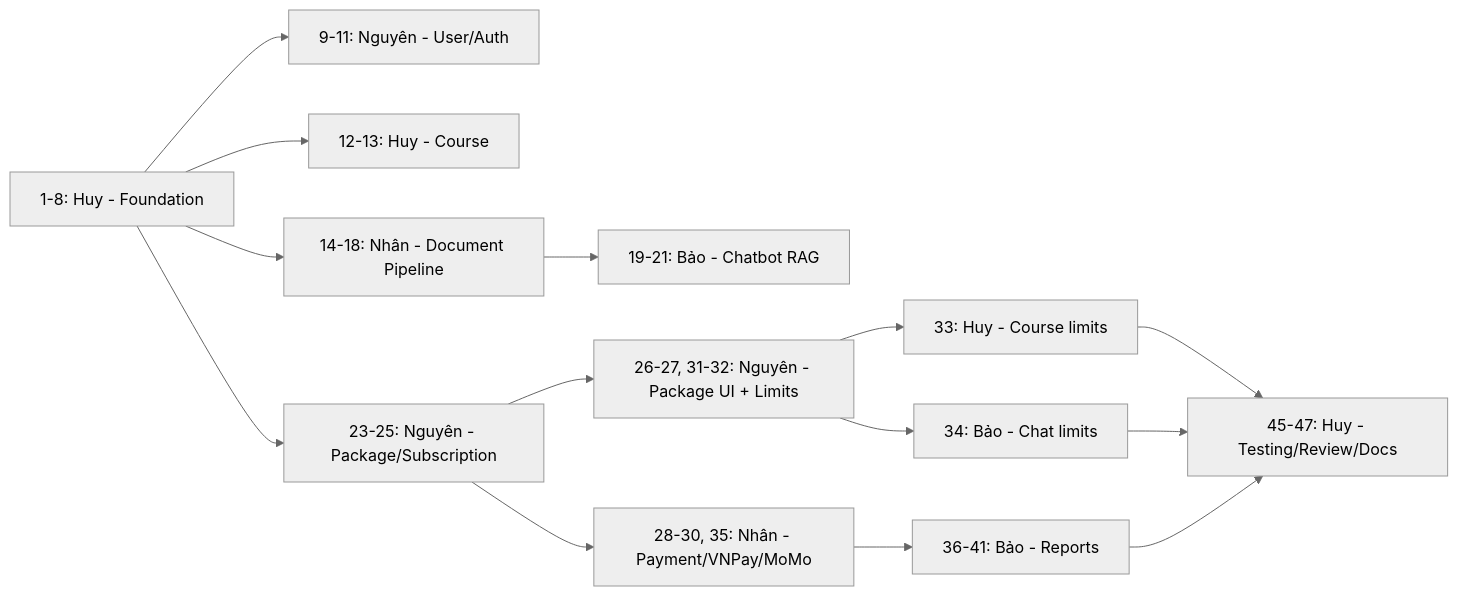
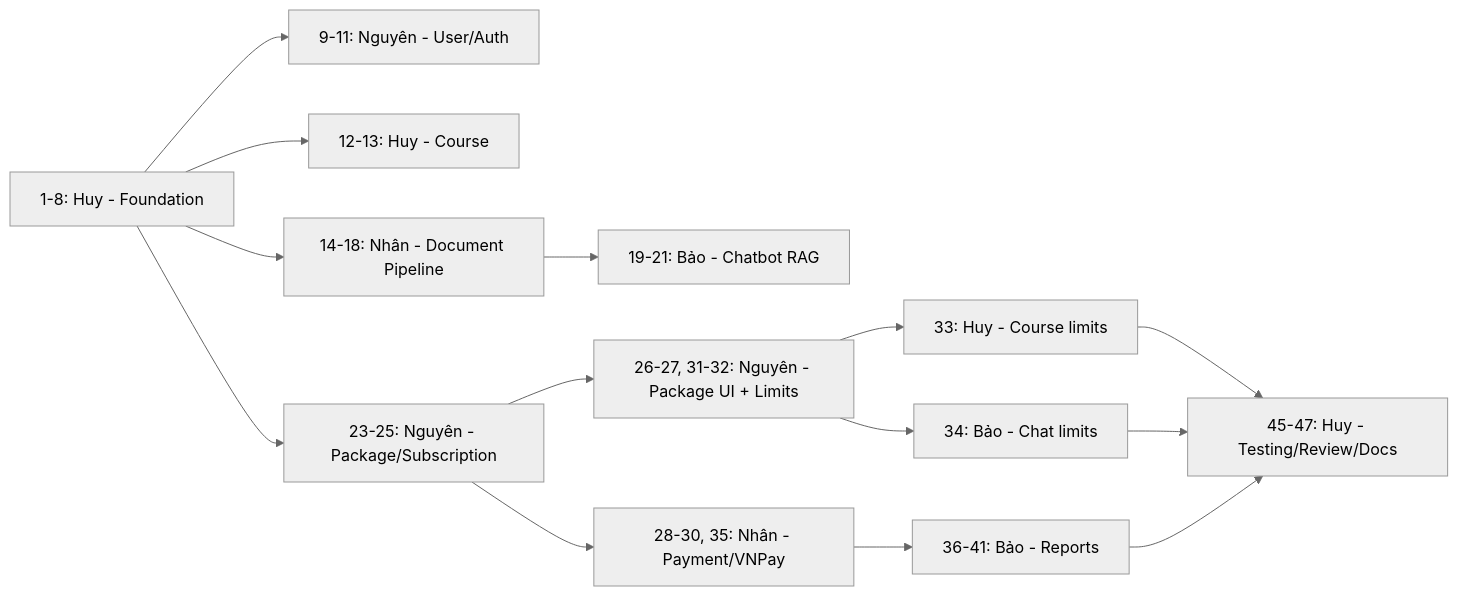
The third of 3 diagrams in implementation_plan.md (ivorlee22/CourseProjectPRN222), drawn with Mermaid (neutral theme) before and after one commit. The commit also changed other lines of this file and 34 other files, not shown here.

````diff
--- a/implementation_plan.md
+++ b/implementation_plan.md
@@ -330,16 +322,16 @@
 ```mermaid
 graph LR
     T1["1-8: Huy - Foundation"] --> T9["9-11: Nguyên - User/Auth"]
     T1 --> T12["12-13: Huy - Course"]
     T1 --> T14["14-18: Nhân - Document Pipeline"]
     T14 --> T19["19-21: Bảo - Chatbot RAG"]
     T1 --> T23["23-25: Nguyên - Package/Subscription"]
     T23 --> T26["26-27, 31-32: Nguyên - Package UI + Limits"]
-    T23 --> T28["28-30, 35: Nhân - Payment/VNPay/MoMo"]
+    T23 --> T28["28-30, 35: Nhân - Payment/VNPay"]
     T26 --> T33["33: Huy - Course limits"]
     T26 --> T34["34: Bảo - Chat limits"]
     T28 --> T36["36-41: Bảo - Reports"]
     T33 --> T45["45-47: Huy - Testing/Review/Docs"]
     T34 --> T45
     T36 --> T45
 ```
````
